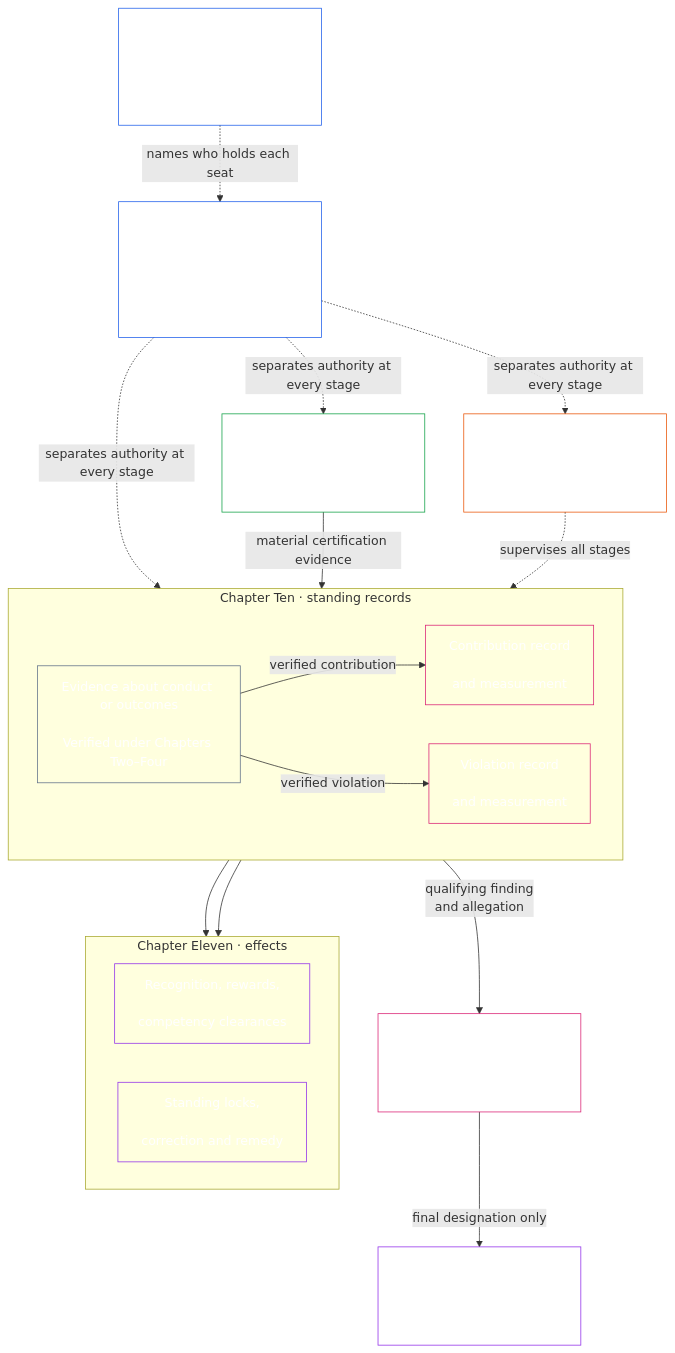
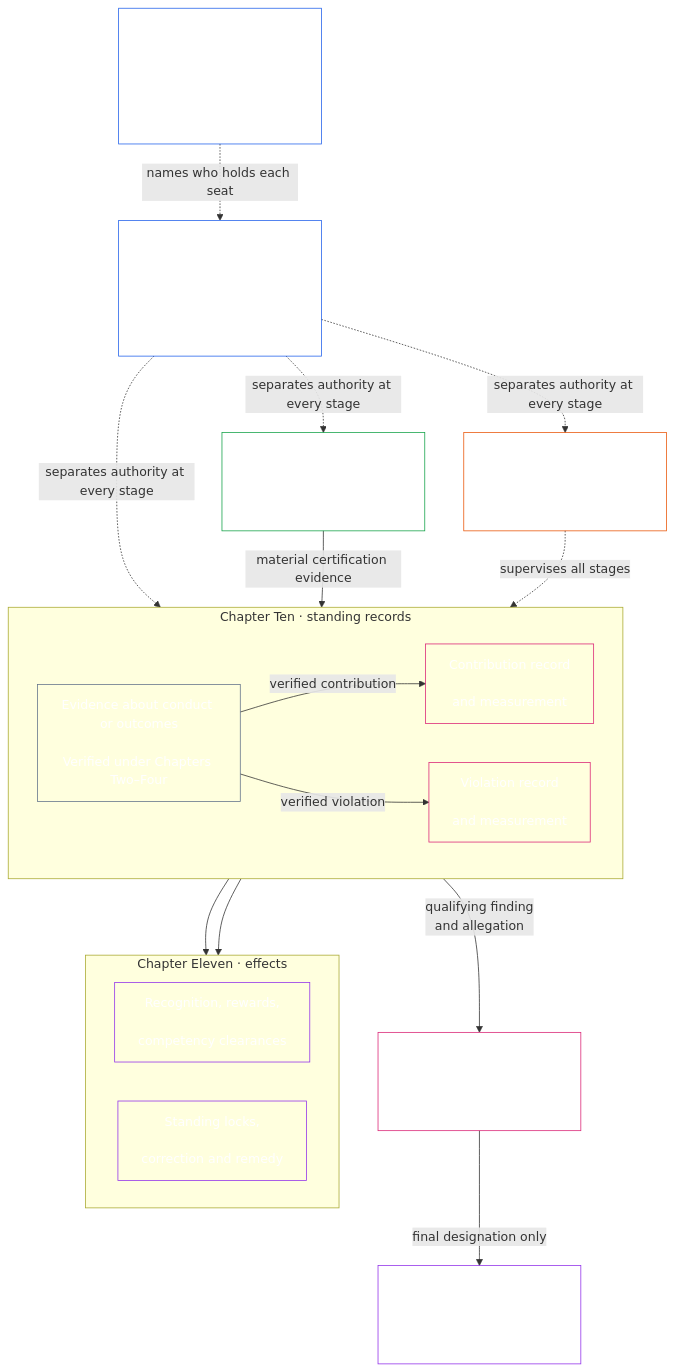
Before and after one commit to kfoelsch/Sentient_Constitution: diagram 15 of 24 in guides/CONCEPTUAL_OVERVIEW.md, drawn with Mermaid. The commit also changed other lines of this file and 86 other files, not shown here.

````diff
--- a/guides/CONCEPTUAL_OVERVIEW.md
+++ b/guides/CONCEPTUAL_OVERVIEW.md
@@ -710,43 +710,43 @@
 ```mermaid
 flowchart TB
-    K["Chapter Seven<br/><br/>Charter: published scope<br/>and seat map"]
+    K["Chapter Seven<br/><br/>System and Institutional<br/>Charters: published scope<br/>and seat map"]
     D["Chapter Eight<br/><br/>Functional independence<br/>and segregation of duties"]
     S["Chapter Nine<br/><br/>System alignment certification"]
     subgraph Q["Chapter Ten · standing records"]
         direction LR
         E["Evidence about conduct or outcomes<br/><br/>Verified under Chapters Two–Four"]
         C["Contribution record<br/><br/>and measurement"]
         V["Violation record<br/><br/>and measurement"]
     end
     subgraph N["Chapter Eleven · effects"]
         direction LR
         U["Recognition, rewards,<br/><br/>competency clearances"]
         R["Standing locks,<br/><br/>correction and remedy"]
     end
     M["Chapter Twelve<br/><br/>Anti-constitutional misconduct review"]
     L["Chapter Eleven<br/><br/>Anti-Constitutional Trust Lock"]
     F["Chapter Thirteen forums<br/><br/>Supervision, challenge and timely review"]
     K -.->|names who holds each seat| D
     D -.->|separates authority at every stage| S
     D -.->|separates authority at every stage| E
     D -.->|separates authority at every stage| F
     C --> U
     V --> R
     M -->|final designation only| L
     V -->|qualifying finding<br/>and allegation| M
     S -->|material certification evidence| E
     E -->|verified contribution| C
     E -->|verified violation| V
     F -.->|supervises all stages| E
     style K fill:none,stroke:#2563eb,color:#ffffff
     style D fill:none,stroke:#2563eb,color:#ffffff
     style S fill:none,stroke:#16a34a,color:#ffffff
     style E fill:none,stroke:#64748b,color:#ffffff
     style C fill:none,stroke:#db2777,color:#ffffff
     style V fill:none,stroke:#db2777,color:#ffffff
     style U fill:none,stroke:#9333ea,color:#ffffff
     style R fill:none,stroke:#9333ea,color:#ffffff
     style M fill:none,stroke:#db2777,color:#ffffff
     style L fill:none,stroke:#9333ea,color:#ffffff
     style F fill:none,stroke:#ea580c,color:#ffffff
 ```
````
